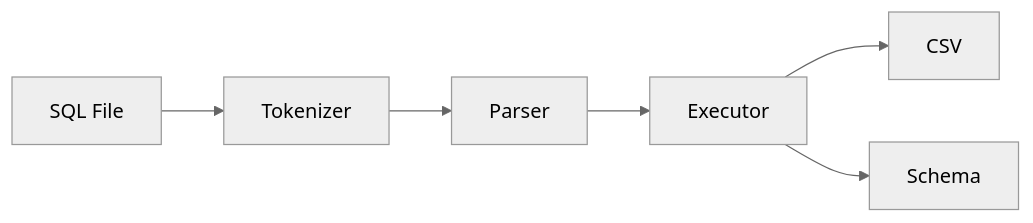
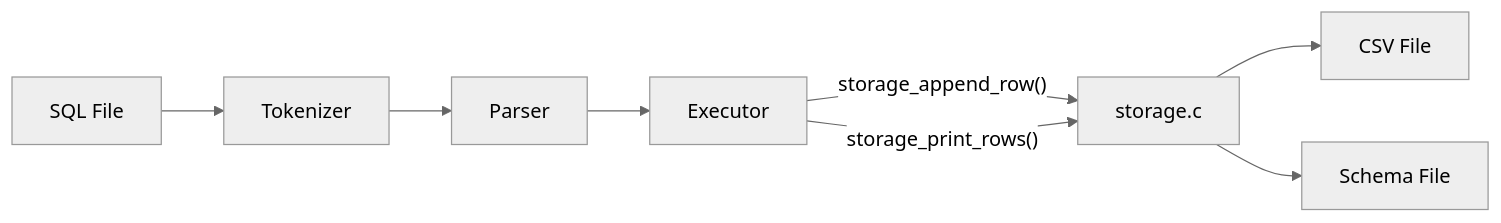
Before and after one commit to Jungle-12-303/week6-team5-sql: the first of 4 diagrams in README.md, drawn with Mermaid (neutral theme). The commit also changed other lines of this file, not shown here.

````diff
--- a/README.md
+++ b/README.md
@@ -18,8 +18,10 @@
 ```mermaid
 flowchart LR
     A["SQL File"] --> B["Tokenizer"]
     B --> C["Parser"]
     C --> D["Executor"]
-    D --> E["CSV"]
-    D --> F["Schema"]
+    D -->|"storage_append_row()"| E["storage.c"]
+    D -->|"storage_print_rows()"| E
+    E --> F["CSV File"]
+    E --> G["Schema File"]
 ```
````
